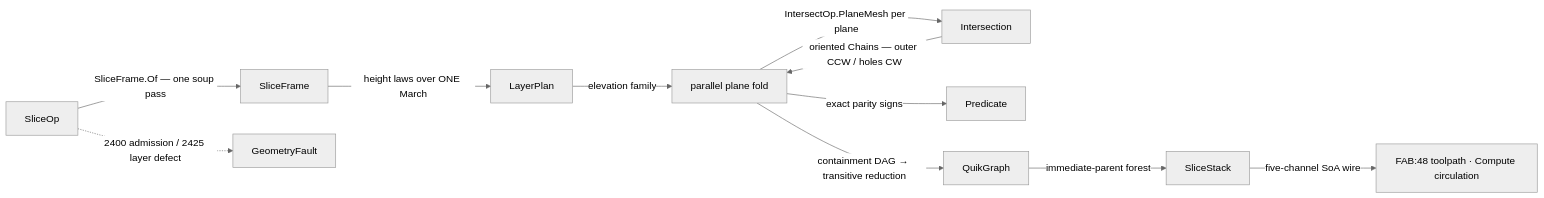
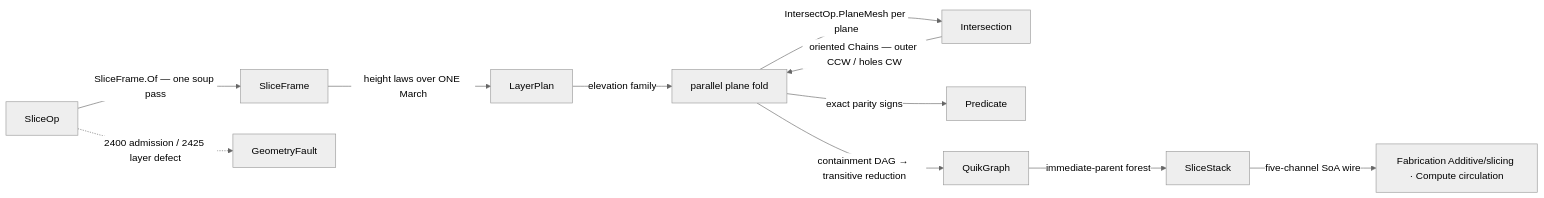
The diagram in libs/csharp/Rasm/.planning/Meshing/slice.md (bsamiee/Rasm), drawn with Mermaid (neutral theme) before and after one commit. The commit also changed other lines of this file and 181 other files, not shown here.

````diff
--- a/libs/csharp/Rasm/.planning/Meshing/slice.md
+++ b/libs/csharp/Rasm/.planning/Meshing/slice.md
@@ -360,13 +360,13 @@
 ```mermaid
 flowchart LR
     SliceOp -->|SliceFrame.Of — one soup pass| SliceFrame
     SliceFrame -->|height laws over ONE March| LayerPlan
     LayerPlan -->|elevation family| Fold["parallel plane fold"]
     Fold -->|IntersectOp.PlaneMesh per plane| Intersection
     Intersection -->|oriented Chains — outer CCW / holes CW| Fold
     Fold -->|exact parity signs| Predicate
     Fold -->|containment DAG → transitive reduction| QuikGraph
     QuikGraph -->|immediate-parent forest| SliceStack
-    SliceStack -->|five-channel SoA wire| Decoders["FAB:48 toolpath · Compute circulation"]
+    SliceStack -->|five-channel SoA wire| Decoders["Fabrication Additive/slicing · Compute circulation"]
     SliceOp -.->|2400 admission / 2425 layer defect| GeometryFault
 ```
````
